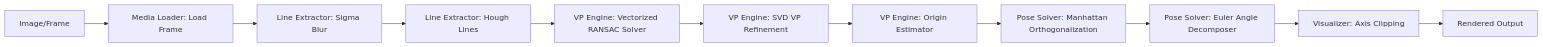
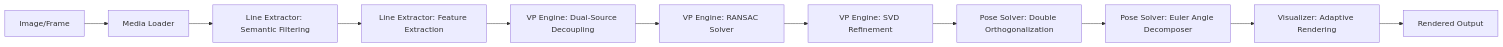
The second of 2 diagrams in README.md (hank921109/114-2-Phone_Camera_Attitude), drawn with Mermaid before and after one commit. The commit also changed other lines of this file and 46 other files, not shown here.

````diff
--- a/README.md
+++ b/README.md
@@ -59,13 +65,13 @@
 ```mermaid
 graph LR
-    Img[Image/Frame] --> ML[Media Loader: Load Frame]
-    ML --> Pre[Line Extractor: Sigma Blur]
-    Pre --> Line[Line Extractor: Hough Lines]
-    Line --> RANSAC[VP Engine: Vectorized RANSAC Solver]
-    RANSAC --> SVD[VP Engine: SVD VP Refinement]
-    SVD --> Origin[VP Engine: Origin Estimator]
-    Origin --> Ortho[Pose Solver: Manhattan Orthogonalization]
+    Img[Image/Frame] --> ML[Media Loader]
+    ML --> ROI[Line Extractor: Semantic Filtering]
+    ROI --> Line[Line Extractor: Feature Extraction]
+    Line --> DS[VP Engine: Dual-Source Decoupling]
+    DS --> RANSAC[VP Engine: RANSAC Solver]
+    RANSAC --> SVD[VP Engine: SVD Refinement]
+    SVD --> Ortho[Pose Solver: Double Orthogonalization]
     Ortho --> Pose[Pose Solver: Euler Angle Decomposer]
-    Pose --> Render[Visualizer: Axis Clipping]
+    Pose --> Render[Visualizer: Adaptive Rendering]
     Render --> Out[Rendered Output]
 ```
````
